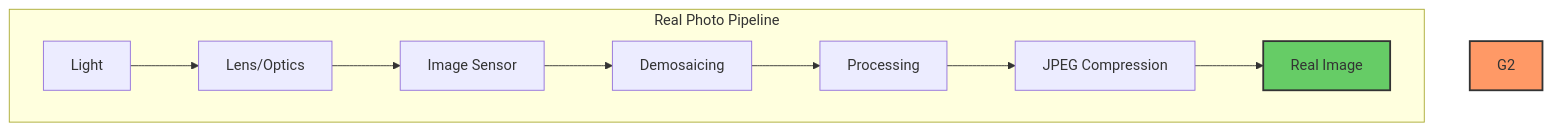
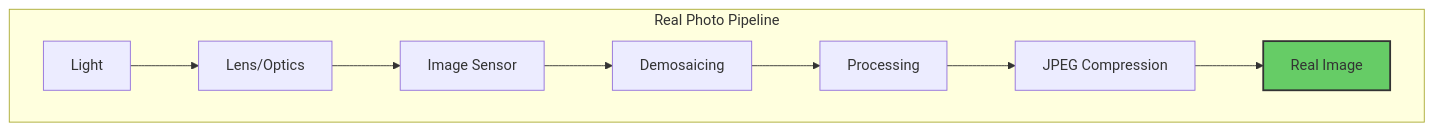
The first of 3 diagrams in _posts/2025/2025-12-15-detecting-ai-generated-images-what-actually-works.md (gsantopaolo/gsantopaolo.github.io), drawn with Mermaid before and after one commit. The commit also changed other lines of this file, not shown here.

````diff
--- a/_posts/2025/2025-12-15-detecting-ai-generated-images-what-actually-works.md
+++ b/_posts/2025/2025-12-15-detecting-ai-generated-images-what-actually-works.md
@@ -37,13 +37,12 @@
 ```mermaid
 graph TB
     subgraph "Real Photo Pipeline"
         A1[Light] --> B1[Lens/Optics]
         B1 --> C1[Image Sensor]
         C1 --> D1[Demosaicing]
         D1 --> E1[Processing]
         E1 --> F1[JPEG Compression]
         F1 --> G1[Real Image]
     end
     style G1 fill:#6c6,stroke:#333,stroke-width:2px
-    style G2 fill:#f96,stroke:#333,stroke-width:2px
 ```
````
